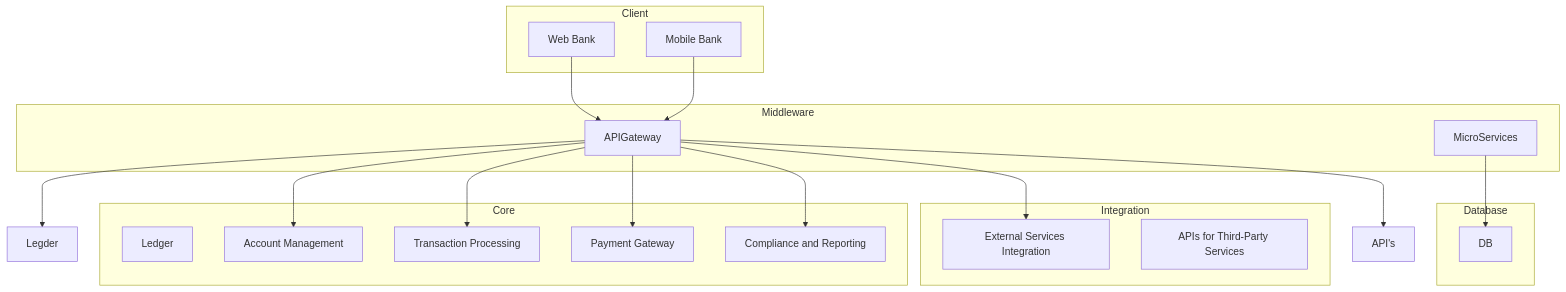
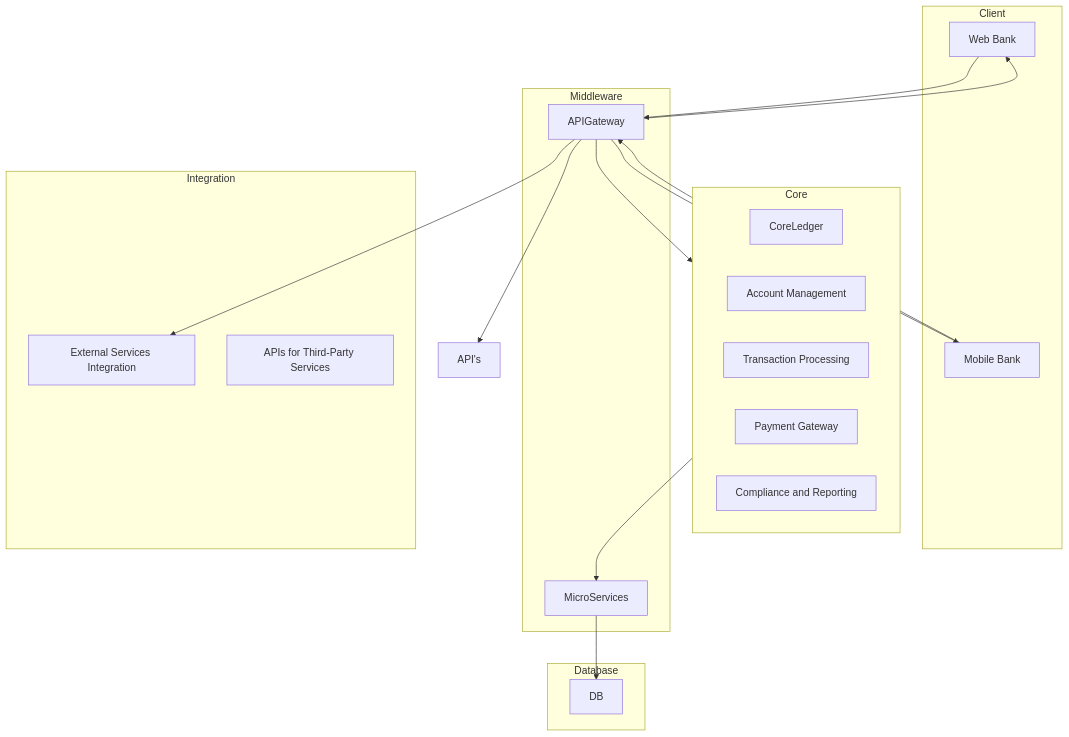
Before and after one commit to LucasAssisPereira/Banco: the diagram in docs/components.md, drawn with Mermaid.

Commit message:
[docs] fix component graph

````diff
--- a/docs/components.md
+++ b/docs/components.md
@@ -12,43 +12,44 @@
 ```mermaid
 graph TD
   subgraph Client
       WebApp[Web Bank]
       MobileApp[Mobile Bank]
   end
 
   subgraph Core
-      Ledger[Ledger]
+      Ledger[CoreLedger]
       AccountManagement[Account Management]
       TransactionProcessing[Transaction Processing]
       PaymentGateway[Payment Gateway]
       ComplianceReporting[Compliance and Reporting]
   end
 
   subgraph Middleware
       APIGateway[APIGateway]
       Microservices[MicroServices]
   end
 
   subgraph Database
       Postgres[DB]
   end
 
   subgraph Integration
       ExternalServices[External Services Integration]
       APIs[APIs for Third-Party Services]
   end
 
   WebApp --> APIGateway
   MobileApp --> APIGateway
 
-  APIGateway --> Legder
-  APIGateway --> AccountManagement
-  APIGateway --> TransactionProcessing
-  APIGateway --> PaymentGateway
-  APIGateway --> ComplianceReporting
+  APIGateway --> WebApp
+  APIGateway --> MobileApp
+
+  APIGateway --> Core
+
+  Core --> Microservices  
 
   Microservices --> Postgres
 
   APIGateway --> ExternalServices
   APIGateway --> API's
 ```
````
